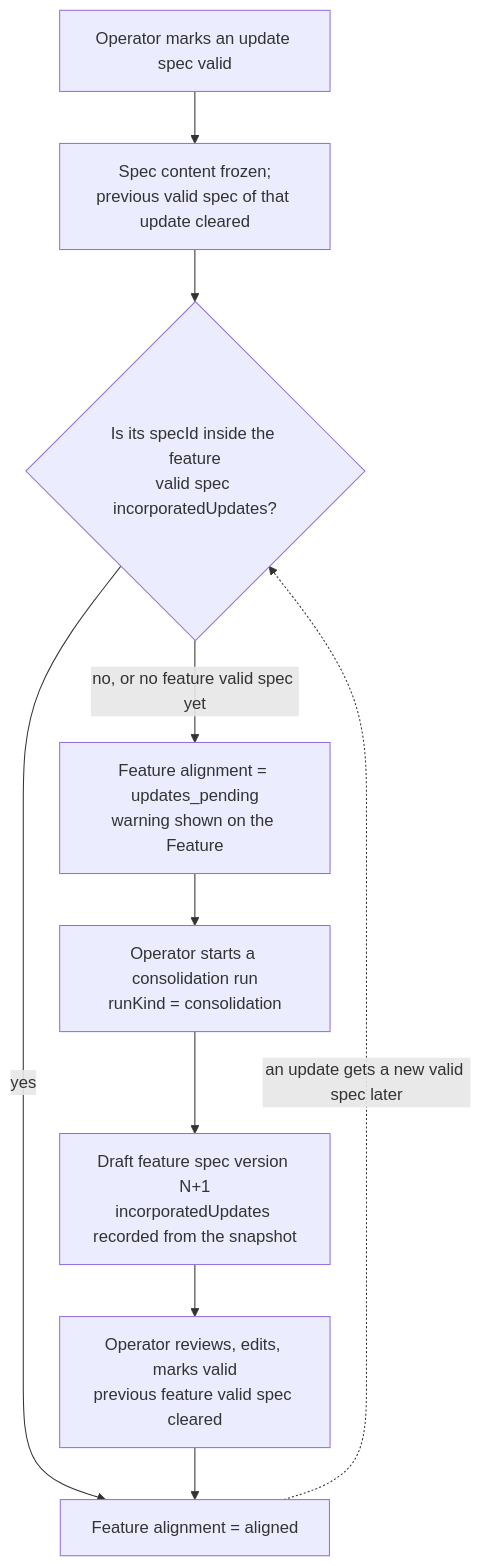
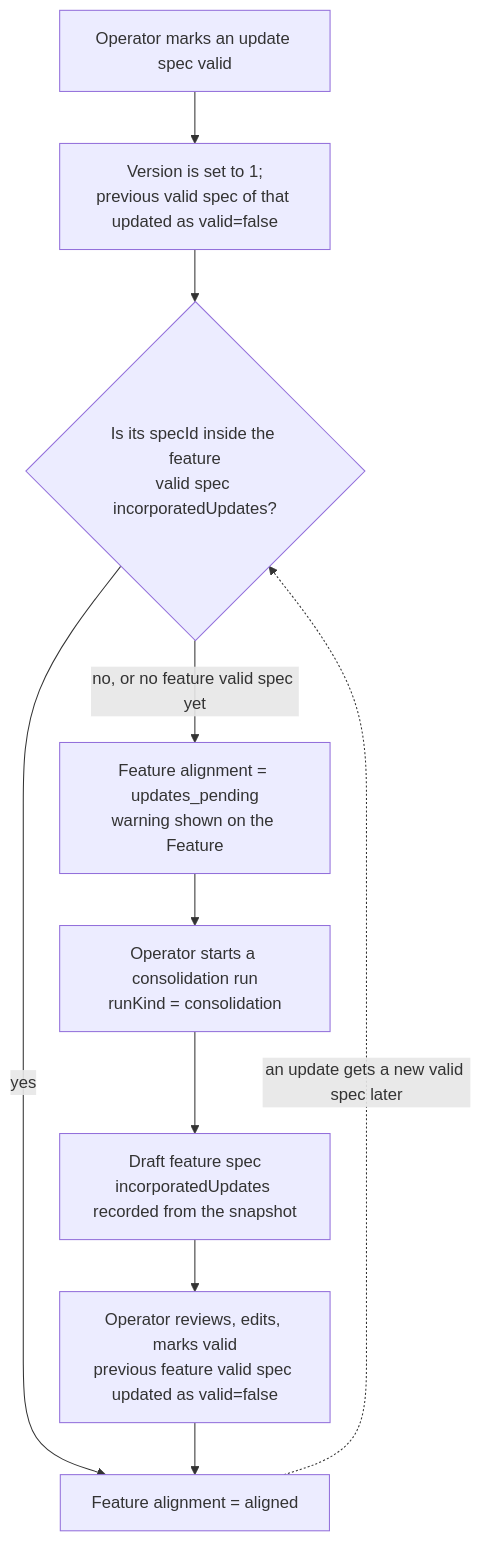
The second of 2 diagrams in docs/architecture/diagrams/04-sequence-gene-spec-new-feature/sequence-diagram.md (Hasa-M/featurewise-ai-mvp), drawn with Mermaid before and after one commit. The commit also changed other lines of this file, not shown here.

First line of the commit message:
Revise sequence diagram for new feature updates

````diff
--- a/docs/architecture/diagrams/04-sequence-gene-spec-new-feature/sequence-diagram.md
+++ b/docs/architecture/diagrams/04-sequence-gene-spec-new-feature/sequence-diagram.md
@@ -168,12 +168,12 @@
 ```mermaid
 flowchart TD
-    A["Operator marks an update spec valid"] --> B["Spec content frozen;<br/>previous valid spec of that update cleared"]
+    A["Operator marks an update spec valid"] --> B["Version is set to 1;<br/>previous valid spec of that updated as valid=false"]
     B --> C{"Is its specId inside the feature<br/>valid spec incorporatedUpdates?"}
     C -- "no, or no feature valid spec yet" --> D["Feature alignment = updates_pending<br/>warning shown on the Feature"]
     C -- "yes" --> H["Feature alignment = aligned"]
     D --> E["Operator starts a consolidation run<br/>runKind = consolidation"]
-    E --> F["Draft feature spec version N+1<br/>incorporatedUpdates recorded from the snapshot"]
-    F --> G["Operator reviews, edits, marks valid<br/>previous feature valid spec cleared"]
+    E --> F["Draft feature spec<br/>incorporatedUpdates recorded from the snapshot"]
+    F --> G["Operator reviews, edits, marks valid<br/>previous feature valid spec updated as valid=false"]
     G --> H
     H -. "an update gets a new valid spec later" .-> C
 ```
````
